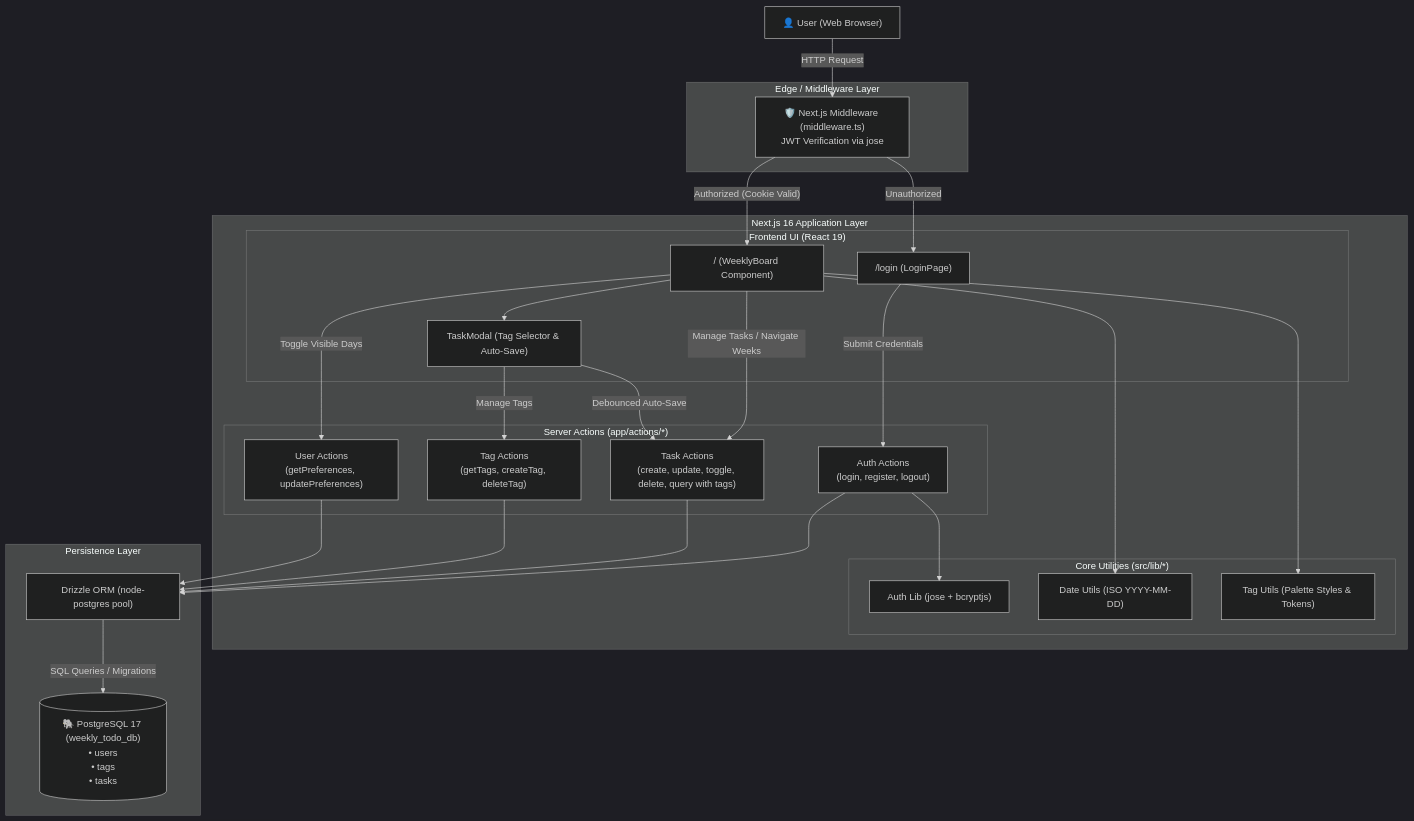
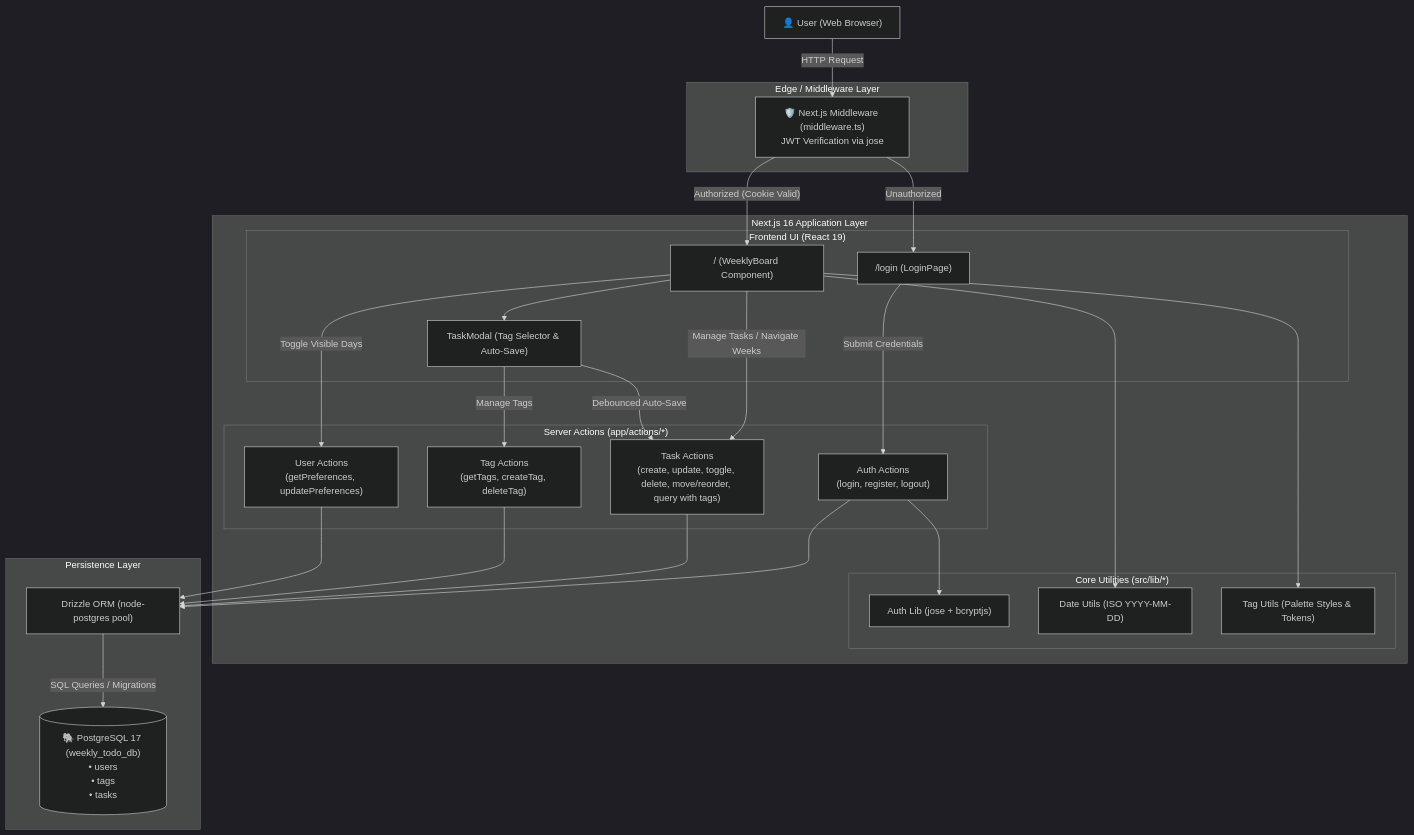
One commit to caiomrlo/weekly-to-do-list changed the diagram in ARCHITECTURE.md. Above: the diagram before and after it, drawn with Mermaid (dark theme). The commit also changed other lines of this file and 6 other files, not shown here.

````diff
--- a/ARCHITECTURE.md
+++ b/ARCHITECTURE.md
@@ -52,53 +52,53 @@
 ```mermaid
 flowchart TD
     User["👤 User (Web Browser)"]
 
     subgraph EdgeLayer["Edge / Middleware Layer"]
         Middleware["🛡️ Next.js Middleware (middleware.ts)\nJWT Verification via jose"]
     end
 
     subgraph AppLayer["Next.js 16 Application Layer"]
         subgraph UI["Frontend UI (React 19)"]
             LoginPage["/login (LoginPage)"]
             WeeklyBoard["/ (WeeklyBoard Component)"]
             TaskModal["TaskModal (Tag Selector & Auto-Save)"]
         end
 
         subgraph ServerActions["Server Actions (app/actions/*)"]
             AuthActions["Auth Actions\n(login, register, logout)"]
             TagActions["Tag Actions\n(getTags, createTag, deleteTag)"]
-            TaskActions["Task Actions\n(create, update, toggle, delete, query with tags)"]
+            TaskActions["Task Actions\n(create, update, toggle, delete, move/reorder, query with tags)"]
             UserActions["User Actions\n(getPreferences, updatePreferences)"]
         end
 
         subgraph Lib["Core Utilities (src/lib/*)"]
             AuthLib["Auth Lib (jose + bcryptjs)"]
             DateUtils["Date Utils (ISO YYYY-MM-DD)"]
             TagUtils["Tag Utils (Palette Styles & Tokens)"]
         end
     end
 
     subgraph DataLayer["Persistence Layer"]
         Drizzle["Drizzle ORM (node-postgres pool)"]
         Postgres[("🐘 PostgreSQL 17 (weekly_todo_db)\n• users\n• tags\n• tasks")]
     end
 
     %% Flow connections
     User -->|"HTTP Request"| Middleware
     Middleware -->|"Authorized (Cookie Valid)"| WeeklyBoard
     Middleware -->|"Unauthorized"| LoginPage
     LoginPage -->|"Submit Credentials"| AuthActions
     AuthActions --> AuthLib
     AuthActions --> Drizzle
     WeeklyBoard -->|"Manage Tasks / Navigate Weeks"| TaskActions
     WeeklyBoard -->|"Toggle Visible Days"| UserActions
     WeeklyBoard --> TaskModal
     TaskModal -->|"Manage Tags"| TagActions
     TaskModal -->|"Debounced Auto-Save"| TaskActions
     WeeklyBoard --> DateUtils
     WeeklyBoard --> TagUtils
     TaskActions --> Drizzle
     TagActions --> Drizzle
     UserActions --> Drizzle
     Drizzle -->|"SQL Queries / Migrations"| Postgres
 ```
````
